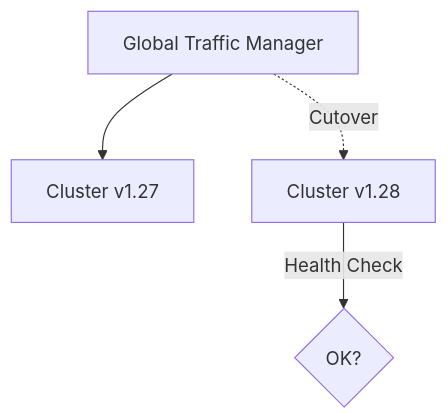
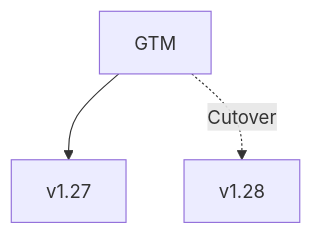
The ninth of 30 diagrams in README.md (Devopstrio/hybrid-kubernetes-pattern), drawn with Mermaid before and after one commit. The commit also changed other lines of this file, not shown here.

Commit message:
docs: expand README with 30+ architectural diagrams

````diff
--- a/README.md
+++ b/README.md
@@ -196,7 +107,5 @@
 ```mermaid
 graph TD
-    LB[Global Traffic Manager]
-    LB --> V1[Cluster v1.27]
-    LB -.->|Cutover| V2[Cluster v1.28]
-    V2 -- "Health Check" --> Success{OK?}
+    LB[GTM] --> V1[v1.27]
+    LB -.->|Cutover| V2[v1.28]
 ```
````
